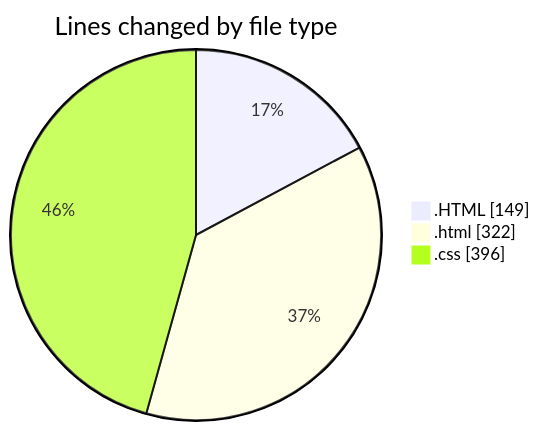
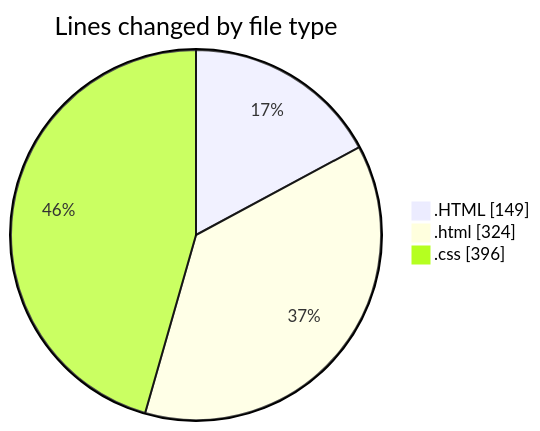
One commit to Unknowalive/code-tracking changed the first of 2 diagrams in 2026-09-03/web_tec_2026/README.md. Above: the diagram before and after it, drawn with Mermaid. The commit also changed other lines of this file and 1 other file, not shown here.

````diff
--- a/2026-09-03/web_tec_2026/README.md
+++ b/2026-09-03/web_tec_2026/README.md
@@ -25,7 +25,7 @@
 ```mermaid
 pie showData
 title Lines changed by file type
 ".HTML" : 149
-".html" : 322
+".html" : 324
 ".css" : 396
 ```
````
